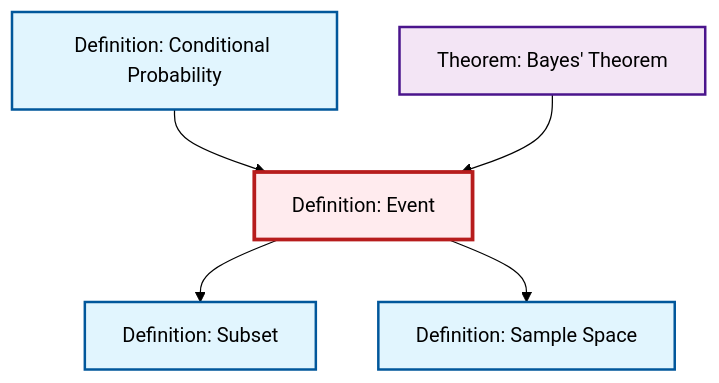
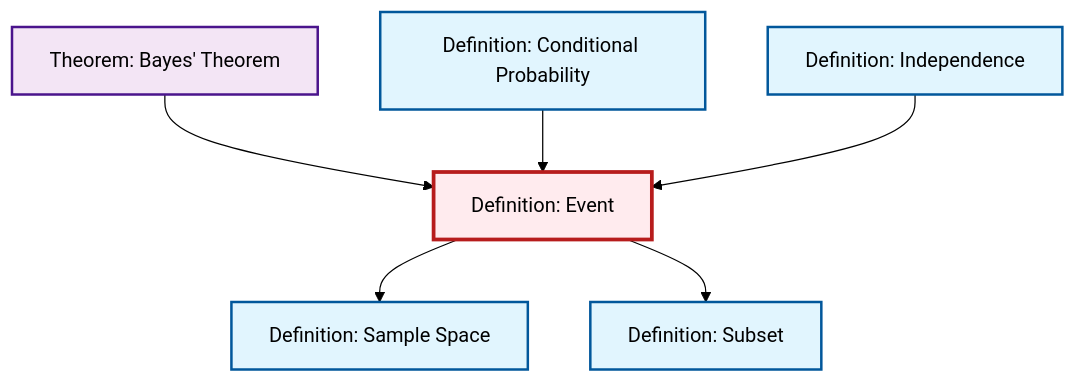
One commit to RK0429/ModernMath changed the diagram in content/ja/probability-statistics/def-event.qmd. Above: the diagram before and after it, drawn with Mermaid (forest theme). The commit also changed 474 other files, not shown here.

````diff
--- a/content/ja/probability-statistics/def-event.qmd
+++ b/content/ja/probability-statistics/def-event.qmd
@@ -70,23 +70,26 @@
 ```{mermaid}
 %%| fig-cap: "Local dependency graph"
 graph TD
     classDef definition fill:#e1f5fe,stroke:#01579b,stroke-width:2px
     classDef theorem fill:#f3e5f5,stroke:#4a148c,stroke-width:2px
     classDef axiom fill:#fff3e0,stroke:#e65100,stroke-width:2px
     classDef example fill:#e8f5e9,stroke:#1b5e20,stroke-width:2px
     classDef current fill:#ffebee,stroke:#b71c1c,stroke-width:3px
+    def-subset["Definition: Subset"]:::definition
+    def-sample-space["Definition: Sample Space"]:::definition
+    def-event["Definition: Event"]:::definition
+    def-conditional-probability["Definition: Conditional Probability"]:::definition
+    def-independence["Definition: Independence"]:::definition
     thm-bayes["Theorem: Bayes' Theorem"]:::theorem
-    def-event["Definition: Event"]:::definition
-    def-sample-space["Definition: Sample Space"]:::definition
-    def-conditional-probability["Definition: Conditional Probability"]:::definition
-    def-subset["Definition: Subset"]:::definition
+    thm-bayes --> def-event
+    def-conditional-probability --> def-event
+    def-independence --> def-event
+    def-event --> def-sample-space
     def-event --> def-subset
-    def-event --> def-sample-space
-    def-conditional-probability --> def-event
-    thm-bayes --> def-event
     class def-event current
-    click thm-bayes "thm-bayes.html" "Theorem: Bayes' Theoremへ"
+    click def-subset "def-subset.html" "Definition: Subsetへ"
     click def-sample-space "def-sample-space.html" "Definition: Sample Spaceへ"
     click def-conditional-probability "def-conditional-probability.html" "Definition: Conditional Probabilityへ"
-    click def-subset "def-subset.html" "Definition: Subsetへ"
+    click def-independence "def-independence.html" "Definition: Independenceへ"
+    click thm-bayes "thm-bayes.html" "Theorem: Bayes' Theoremへ"
 ```
````
